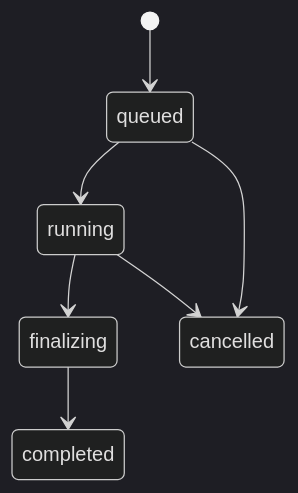
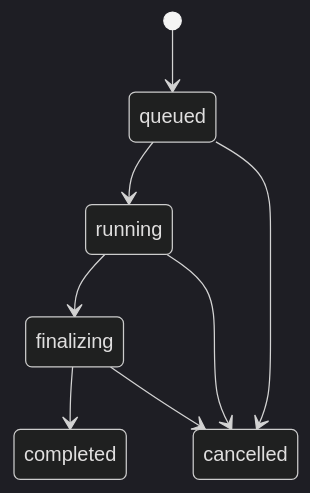
One commit to LunaDeerTech/agenteam changed the third of 4 diagrams in docs/architecture/meeting/meeting-domain-model.md. Above: the diagram before and after it, drawn with Mermaid (dark theme). The commit also changed other lines of this file and 86 other files, not shown here.

````diff
--- a/docs/architecture/meeting/meeting-domain-model.md
+++ b/docs/architecture/meeting/meeting-domain-model.md
@@ -383,10 +383,11 @@
 ```mermaid
 stateDiagram-v2
     [*] --> queued
     queued --> running
     running --> finalizing
     finalizing --> completed
 
     queued --> cancelled
     running --> cancelled
+    finalizing --> cancelled
 ```
````
